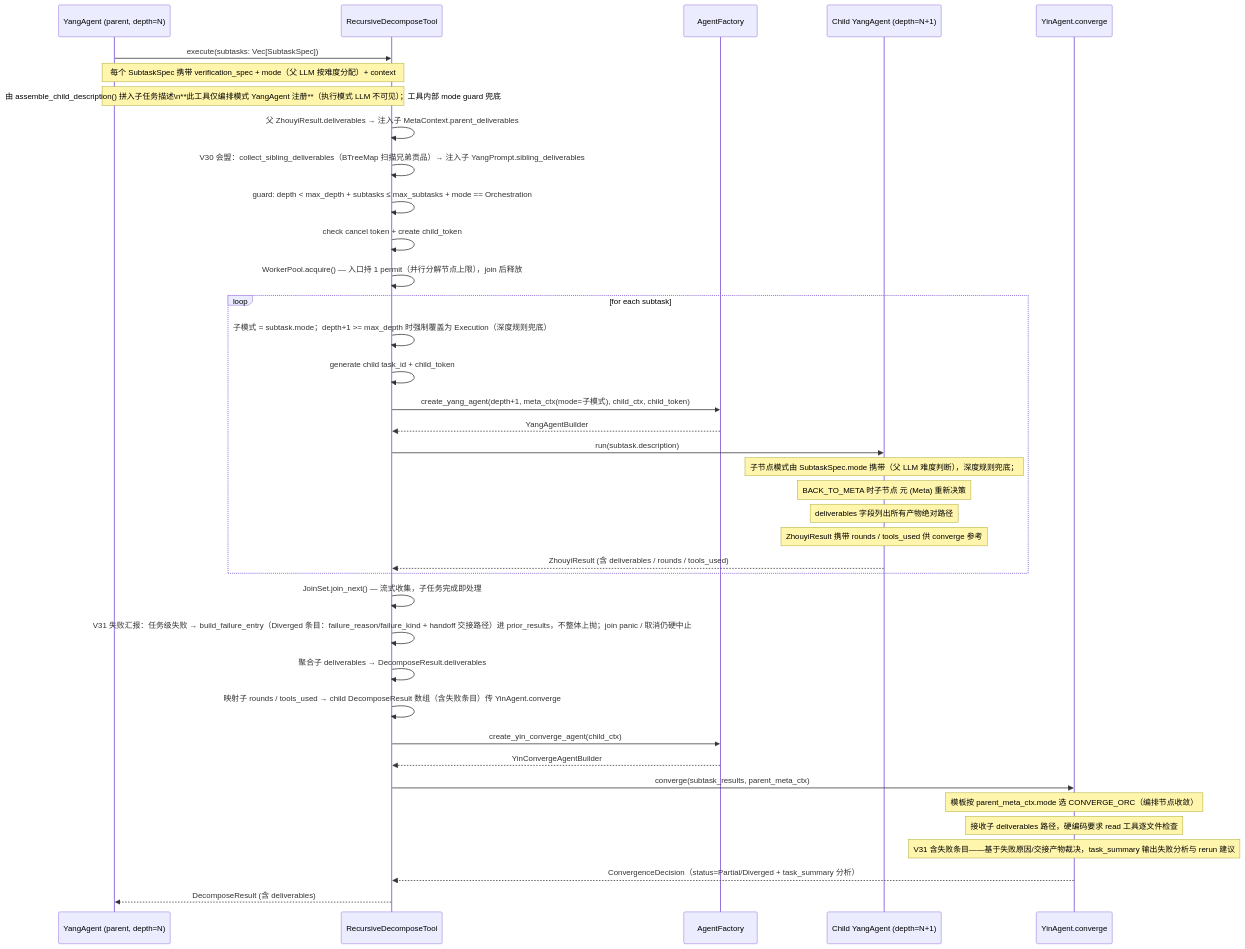
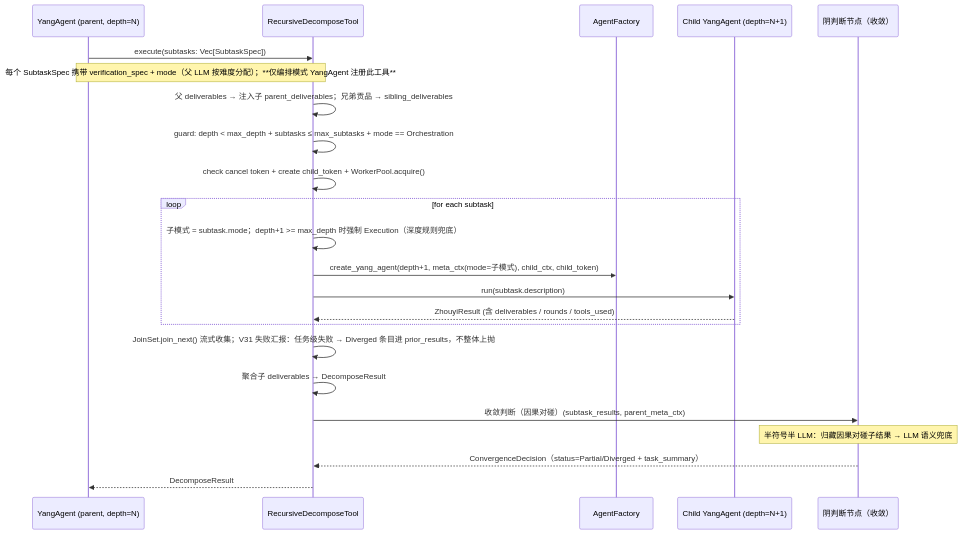
The sixth of 18 diagrams in Blueprint.md (wenge6090-tech/taiji), drawn with Mermaid before and after one commit. The commit also changed other lines of this file and 62 other files, not shown here.

````diff
--- a/Blueprint.md
+++ b/Blueprint.md
@@ -832,44 +365,28 @@
 ```mermaid
 sequenceDiagram
     participant FA as YangAgent (parent, depth=N)
     participant RDT as RecursiveDecomposeTool
     participant AF as AgentFactory
     participant CFA as Child YangAgent (depth=N+1)
-    participant CCA as YinAgent.converge
+    participant CCA as 阴判断节点（收敛）
 
     FA->>RDT: execute(subtasks: Vec[SubtaskSpec])
-    Note over FA, RDT: 每个 SubtaskSpec 携带 verification_spec + mode（父 LLM 按难度分配）+ context
-    Note over FA, RDT: 由 assemble_child_description() 拼入子任务描述\n**此工具仅编排模式 YangAgent 注册**（执行模式 LLM 不可见）；工具内部 mode guard 兜底
-    RDT->>RDT: 父 ZhouyiResult.deliverables → 注入子 MetaContext.parent_deliverables
-    RDT->>RDT: V30 会盟：collect_sibling_deliverables（BTreeMap 扫描兄弟贡品）→ 注入子 YangPrompt.sibling_deliverables
-
+    Note over FA, RDT: 每个 SubtaskSpec 携带 verification_spec + mode（父 LLM 按难度分配）；**仅编排模式 YangAgent 注册此工具**
+    RDT->>RDT: 父 deliverables → 注入子 parent_deliverables；兄弟贡品 → sibling_deliverables
     RDT->>RDT: guard: depth < max_depth + subtasks ≤ max_subtasks + mode == Orchestration
-    RDT->>RDT: check cancel token + create child_token
-    RDT->>RDT: WorkerPool.acquire() — 入口持 1 permit（并行分解节点上限），join 后释放
+    RDT->>RDT: check cancel token + create child_token + WorkerPool.acquire()
 
     loop for each subtask
-        RDT->>RDT: 子模式 = subtask.mode；depth+1 >= max_depth 时强制覆盖为 Execution（深度规则兜底）
-        RDT->>RDT: generate child task_id + child_token
+        RDT->>RDT: 子模式 = subtask.mode；depth+1 >= max_depth 时强制 Execution（深度规则兜底）
         RDT->>AF: create_yang_agent(depth+1, meta_ctx(mode=子模式), child_ctx, child_token)
-        AF-->>RDT: YangAgentBuilder
         RDT->>CFA: run(subtask.description)
-        Note over CFA: 子节点模式由 SubtaskSpec.mode 携带（父 LLM 难度判断），深度规则兜底；
-        Note over CFA: BACK_TO_META 时子节点 元 (Meta) 重新决策
-        Note over CFA: deliverables 字段列出所有产物绝对路径
-        Note over CFA: ZhouyiResult 携带 rounds / tools_used 供 converge 参考
         CFA-->>RDT: ZhouyiResult (含 deliverables / rounds / tools_used)
     end
 
-    RDT->>RDT: JoinSet.join_next() — 流式收集，子任务完成即处理
-    RDT->>RDT: V31 失败汇报：任务级失败 → build_failure_entry（Diverged 条目：failure_reason/failure_kind + handoff 交接路径）进 prior_results，不整体上抛；join panic / 取消仍硬中止
-    RDT->>RDT: 聚合子 deliverables → DecomposeResult.deliverables
-    RDT->>RDT: 映射子 rounds / tools_used → child DecomposeResult 数组（含失败条目）传 YinAgent.converge
-    RDT->>AF: create_yin_converge_agent(child_ctx)
-    AF-->>RDT: YinConvergeAgentBuilder
-    RDT->>CCA: converge(subtask_results, parent_meta_ctx)
-    Note over CCA: 模板按 parent_meta_ctx.mode 选 CONVERGE_ORC（编排节点收敛）
-    Note over CCA: 接收子 deliverables 路径，硬编码要求 read 工具逐文件检查
-    Note over CCA: V31 含失败条目——基于失败原因/交接产物裁决，task_summary 输出失败分析与 rerun 建议
-    CCA-->>RDT: ConvergenceDecision（status=Partial/Diverged + task_summary 分析）
-    RDT-->>FA: DecomposeResult (含 deliverables)
+    RDT->>RDT: JoinSet.join_next() 流式收集；V31 失败汇报：任务级失败 → Diverged 条目进 prior_results，不整体上抛
+    RDT->>RDT: 聚合子 deliverables → DecomposeResult
+    RDT->>CCA: 收敛判断（因果对碰）(subtask_results, parent_meta_ctx)
+    Note over CCA: 半符号半 LLM：归藏因果对碰子结果 → LLM 语义兜底
+    CCA-->>RDT: ConvergenceDecision（status=Partial/Diverged + task_summary）
+    RDT-->>FA: DecomposeResult
 ```
````
